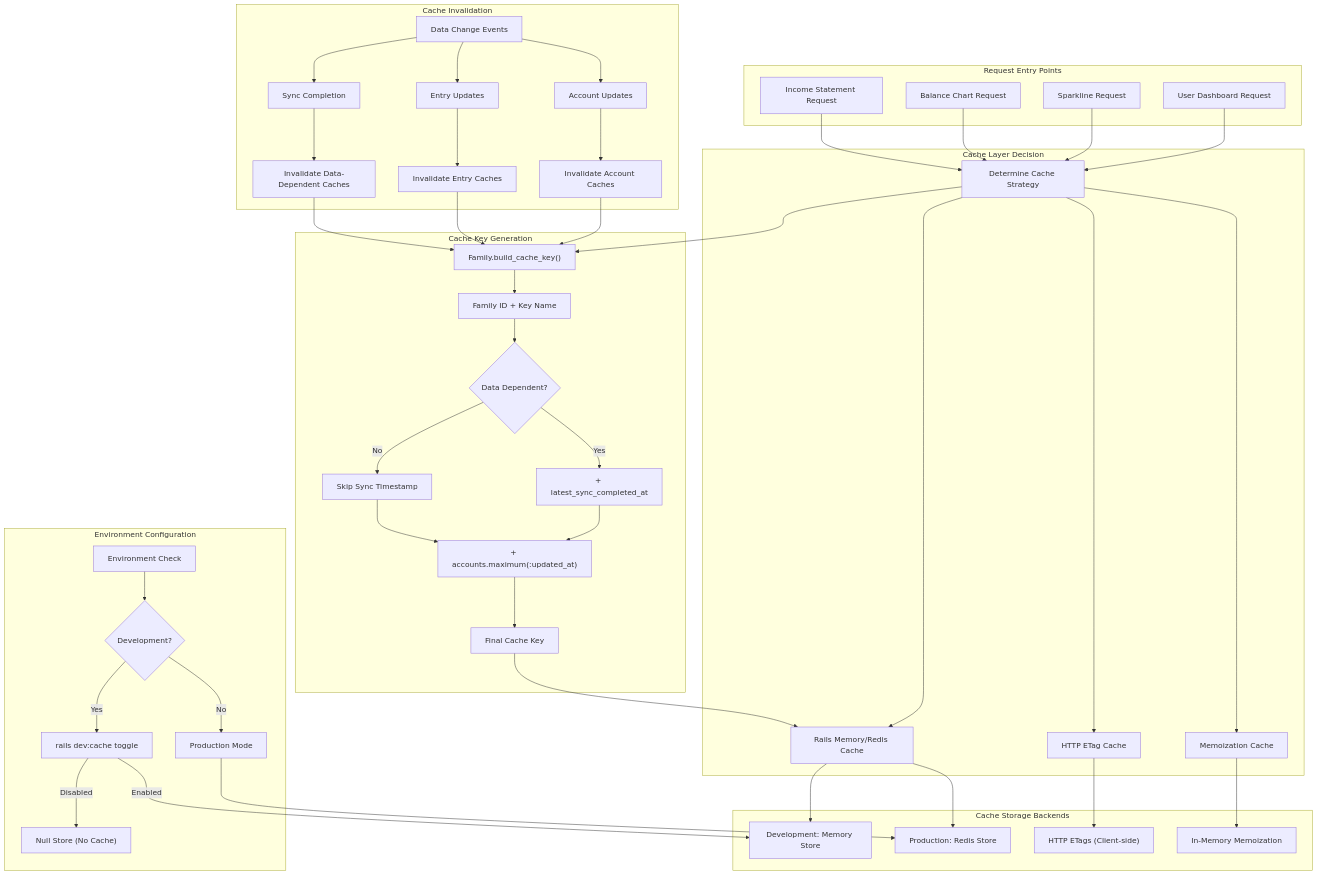
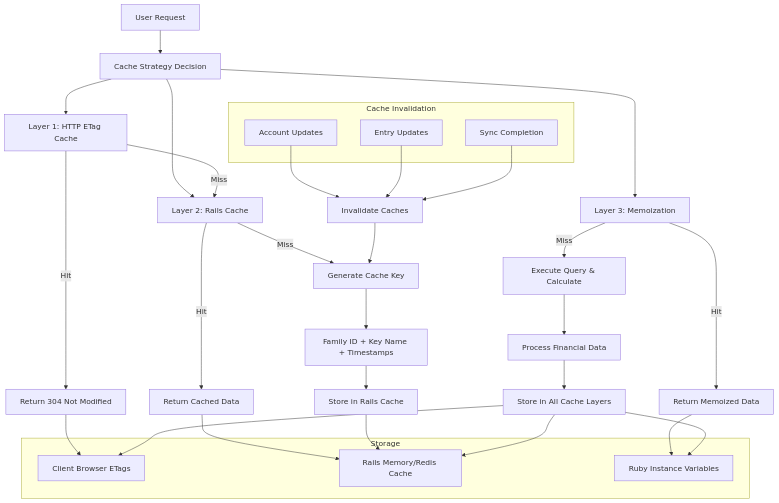
Before and after one commit to dwarvesf/research: the third of 4 diagrams in breakdown/maybe-finance.md, drawn with Mermaid. The commit also changed other lines of this file and 1 other file, not shown here.

````diff
--- a/breakdown/maybe-finance.md
+++ b/breakdown/maybe-finance.md
@@ -186,71 +188,54 @@
 ```mermaid
-flowchart TD  
-    subgraph "Request Entry Points"  
-        A["User Dashboard Request"]   
-        B["Sparkline Request"]  
-        C["Balance Chart Request"]  
-        D["Income Statement Request"]  
-    end  
-      
-    subgraph "Cache Layer Decision"  
-        E["Determine Cache Strategy"]  
-        E --> F["HTTP ETag Cache"]  
-        E --> G["Rails Memory/Redis Cache"]  
-        E --> H["Memoization Cache"]  
-    end  
-      
-    subgraph "Cache Key Generation"  
-        I["Family.build_cache_key()"]  
-        I --> J["Family ID + Key Name"]  
-        J --> K{"Data Dependent?"}  
-        K -->|Yes| L["+ latest_sync_completed_at"]  
-        K -->|No| M["Skip Sync Timestamp"]  
-        L --> N["+ accounts.maximum(:updated_at)"]  
-        M --> N  
-        N --> O["Final Cache Key"]  
-    end  
-      
-    subgraph "Cache Storage Backends"  
-        P["Development: Memory Store"]  
-        Q["Production: Redis Store"]  
-        R["HTTP ETags (Client-side)"]  
-        S["In-Memory Memoization"]  
-    end  
-      
-    subgraph "Cache Invalidation"  
-        T["Data Change Events"]  
-        T --> U["Account Updates"]  
-        T --> V["Entry Updates"]   
-        T --> W["Sync Completion"]  
-        U --> X["Invalidate Account Caches"]  
-        V --> Y["Invalidate Entry Caches"]  
-        W --> Z["Invalidate Data-Dependent Caches"]  
-    end  
-      
-    subgraph "Environment Configuration"  
-        AA["Environment Check"]  
-        AA --> BB{"Development?"}  
-        BB -->|Yes| CC["rails dev:cache toggle"]  
-        CC -->|Enabled| P  
-        CC -->|Disabled| DD["Null Store (No Cache)"]  
-        BB -->|No| EE["Production Mode"]  
-        EE --> Q  
-    end  
-      
-    A --> E  
-    B --> E  
-    C --> E  
-    D --> E  
-      
-    F --> R  
-    G --> P  
-    G --> Q  
-    H --> S  
-      
-    E --> I  
-    O --> G  
-      
-    X --> I  
-    Y --> I  
-    Z --> I  
+flowchart TD
+    %% User Entry Points
+    A[User Request] --> B[Cache Strategy Decision]
+
+    %% Three Cache Layers
+    B --> C[Layer 1: HTTP ETag Cache]
+    B --> D[Layer 2: Rails Cache]
+    B --> E[Layer 3: Memoization]
+
+    %% Cache Hit/Miss Flow
+    C -->|Hit| F[Return 304 Not Modified]
+    C -->|Miss| D
+    D -->|Hit| G[Return Cached Data]
+    D -->|Miss| H[Generate Cache Key]
+    E -->|Hit| I[Return Memoized Data]
+    E -->|Miss| J[Execute Query & Calculate]
+
+    %% Cache Key Generation
+    H --> K[Family ID + Key Name + Timestamps]
+    K --> L[Store in Rails Cache]
+
+    %% Data Processing
+    J --> M[Process Financial Data]
+    M --> N[Store in All Cache Layers]
+
+    %% Storage Backends
+    subgraph "Storage"
+        O[Client Browser ETags]
+        P[Rails Memory/Redis Cache]
+        Q[Ruby Instance Variables]
+    end
+
+    %% Invalidation
+    subgraph "Cache Invalidation"
+        R[Account Updates]
+        S[Entry Updates]
+        T[Sync Completion]
+    end
+
+    %% Connections
+    F --> O
+    G --> P
+    L --> P
+    I --> Q
+    N --> O
+    N --> P
+    N --> Q
+
+    R --> U[Invalidate Caches]
+    S --> U
+    T --> U
+    U --> H
 ```
````
